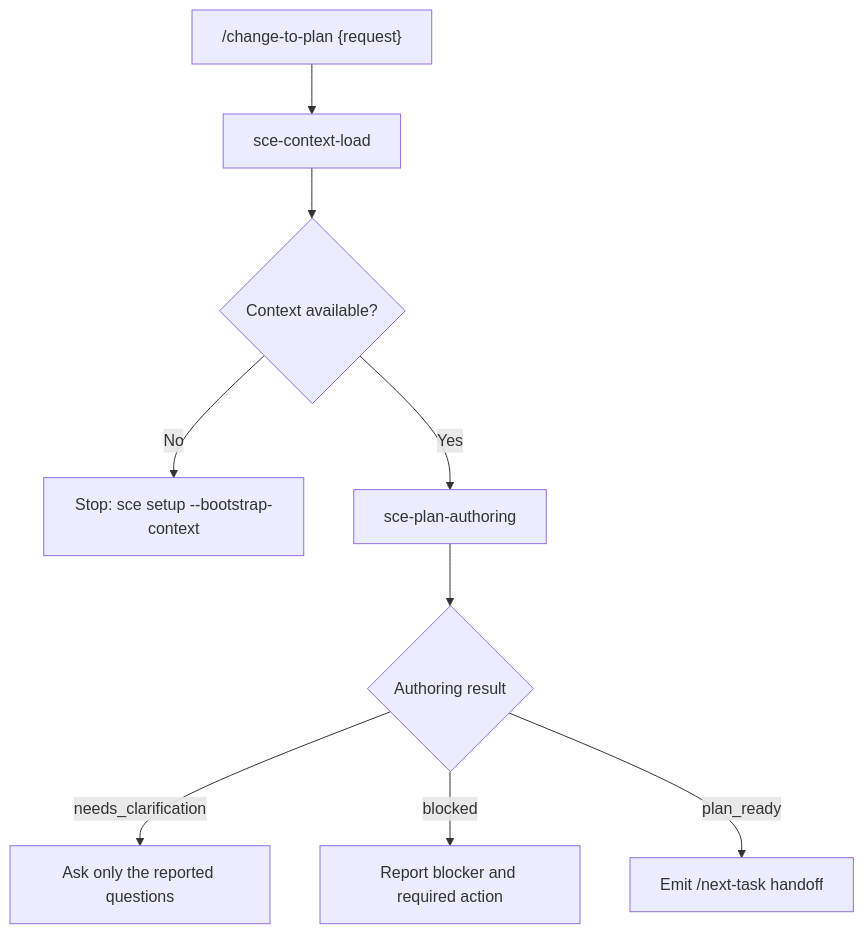
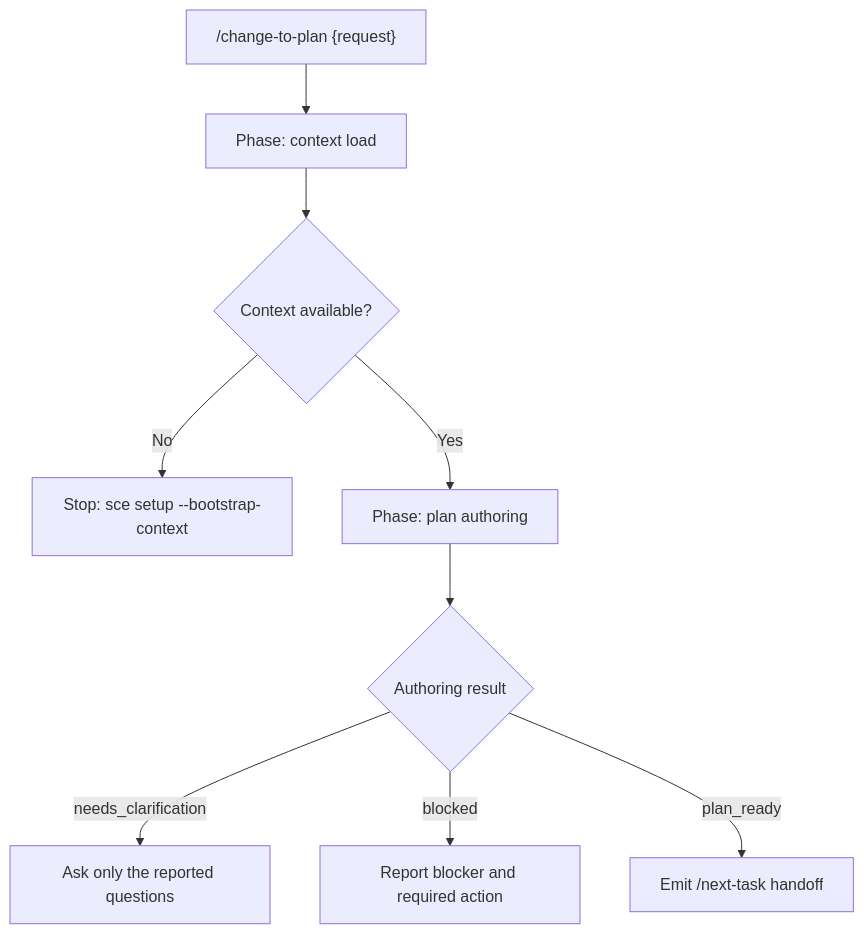
The diagram in context/sce/shared-context-plan-workflow.md (crocoder-dev/shared-context-engineering), drawn with Mermaid before and after one commit. The commit also changed other lines of this file and 14 other files, not shown here.

````diff
--- a/context/sce/shared-context-plan-workflow.md
+++ b/context/sce/shared-context-plan-workflow.md
@@ -48,11 +49,11 @@
 ```mermaid
 flowchart TD
-    A["/change-to-plan {request}"] --> B["sce-context-load"]
+    A["/change-to-plan {request}"] --> B["Phase: context load"]
     B --> C{"Context available?"}
     C -- "No" --> D["Stop: sce setup --bootstrap-context"]
-    C -- "Yes" --> E["sce-plan-authoring"]
+    C -- "Yes" --> E["Phase: plan authoring"]
     E --> F{"Authoring result"}
     F -- "needs_clarification" --> G["Ask only the reported questions"]
     F -- "blocked" --> H["Report blocker and required action"]
     F -- "plan_ready" --> I["Emit /next-task handoff"]
 ```
````
